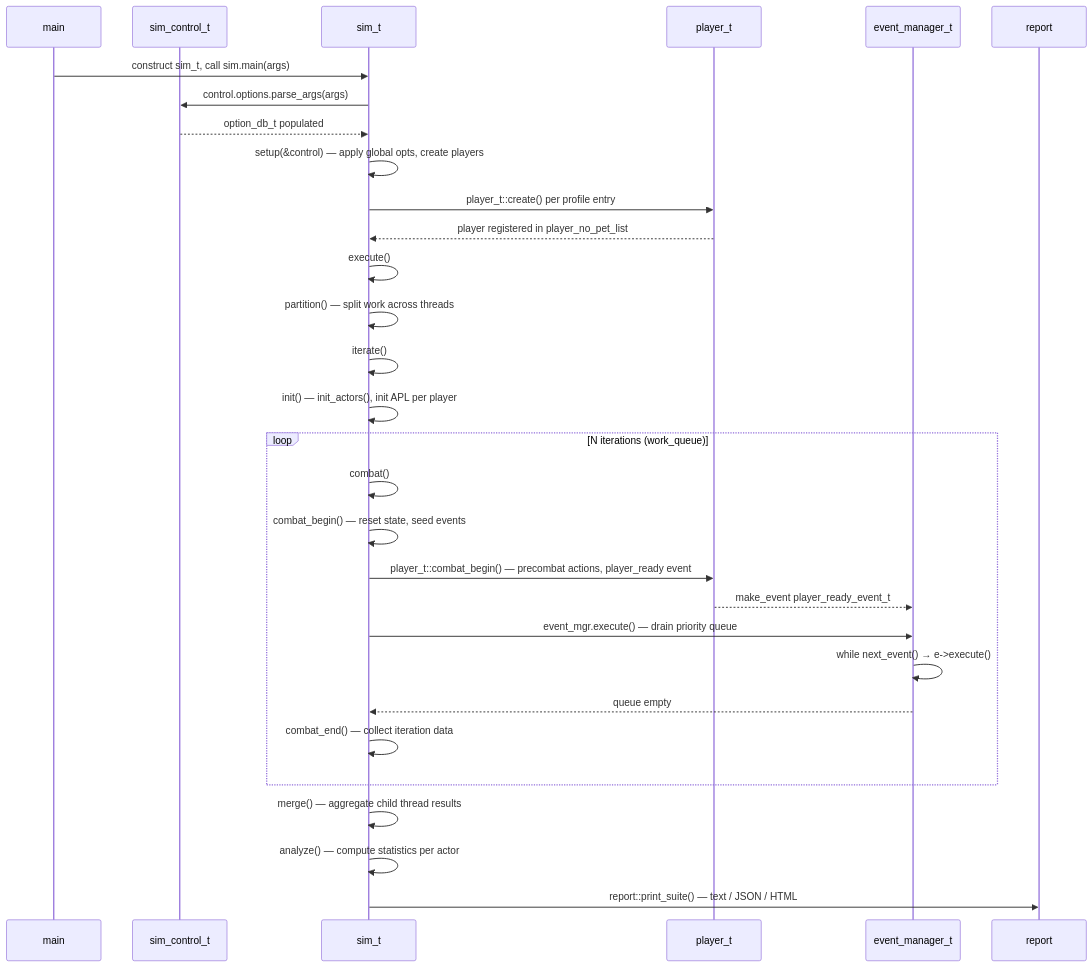
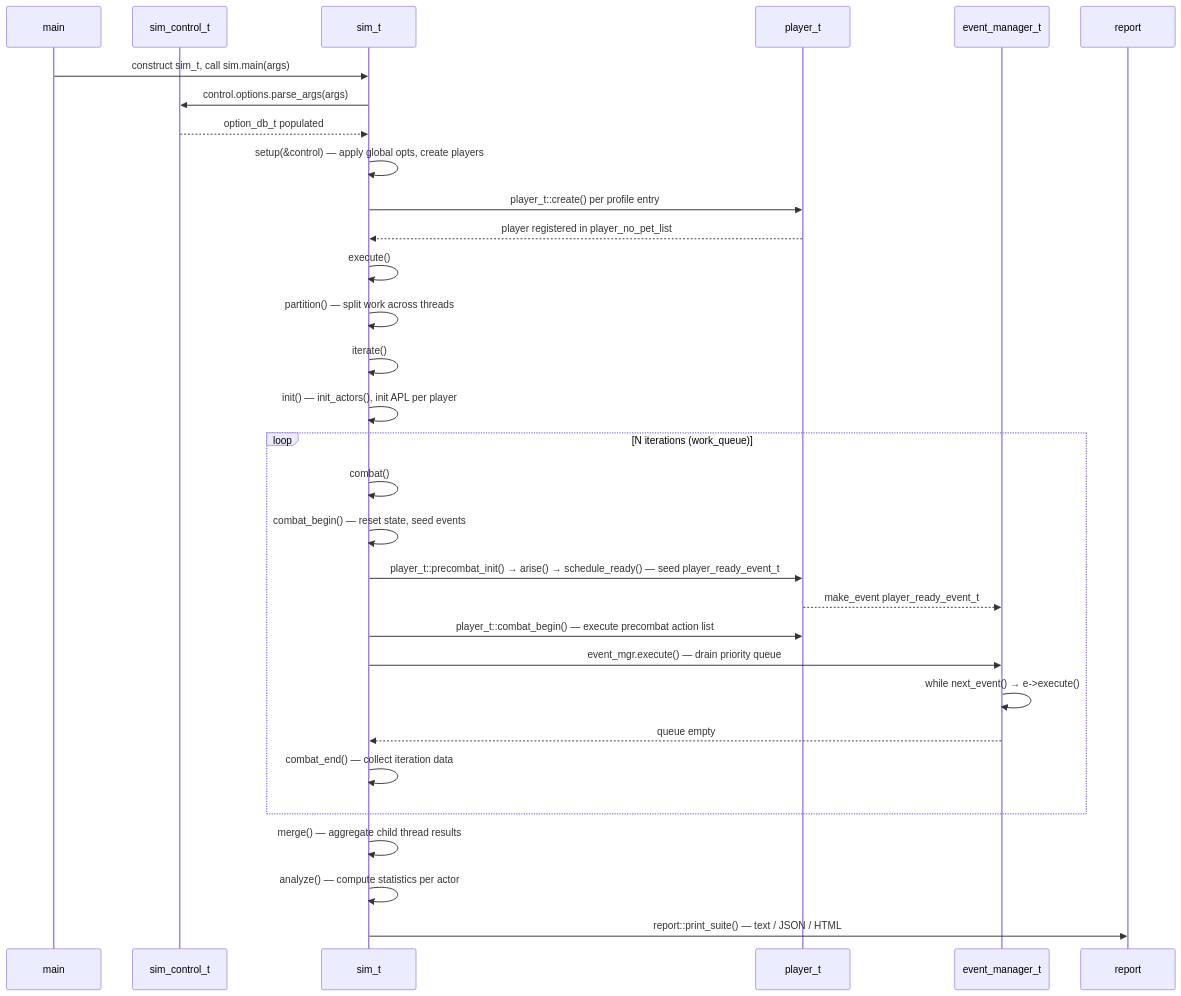
One commit to Lucasmingus/simc changed the first of 2 diagrams in doc/architecture/03-simulation-flow.md. Above: the diagram before and after it, drawn with Mermaid. The commit also changed other lines of this file, not shown here.

Commit message:
docs: fix simulation-flow call attribution and citations

````diff
--- a/doc/architecture/03-simulation-flow.md
+++ b/doc/architecture/03-simulation-flow.md
@@ -9,33 +9,34 @@
 ```mermaid
 sequenceDiagram
     participant main
     participant sim_control_t
     participant sim_t
     participant player_t
     participant event_manager_t
     participant report
 
     main->>sim_t: construct sim_t, call sim.main(args)
     sim_t->>sim_control_t: control.options.parse_args(args)
     sim_control_t-->>sim_t: option_db_t populated
     sim_t->>sim_t: setup(&control) — apply global opts, create players
     sim_t->>player_t: player_t::create() per profile entry
     player_t-->>sim_t: player registered in player_no_pet_list
     sim_t->>sim_t: execute()
     sim_t->>sim_t: partition() — split work across threads
     sim_t->>sim_t: iterate()
     sim_t->>sim_t: init() — init_actors(), init APL per player
     loop N iterations (work_queue)
         sim_t->>sim_t: combat()
         sim_t->>sim_t: combat_begin() — reset state, seed events
-        sim_t->>player_t: player_t::combat_begin() — precombat actions, player_ready event
+        sim_t->>player_t: player_t::precombat_init() → arise() → schedule_ready() — seed player_ready_event_t
         player_t-->>event_manager_t: make_event player_ready_event_t
+        sim_t->>player_t: player_t::combat_begin() — execute precombat action list
         sim_t->>event_manager_t: event_mgr.execute() — drain priority queue
         event_manager_t->>event_manager_t: while next_event() → e->execute()
         event_manager_t-->>sim_t: queue empty
         sim_t->>sim_t: combat_end() — collect iteration data
     end
     sim_t->>sim_t: merge() — aggregate child thread results
     sim_t->>sim_t: analyze() — compute statistics per actor
     sim_t->>report: report::print_suite() — text / JSON / HTML
 ```
````
